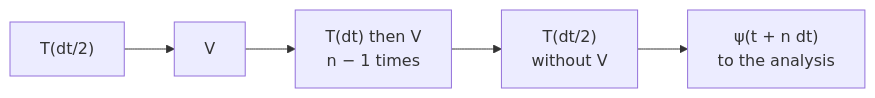
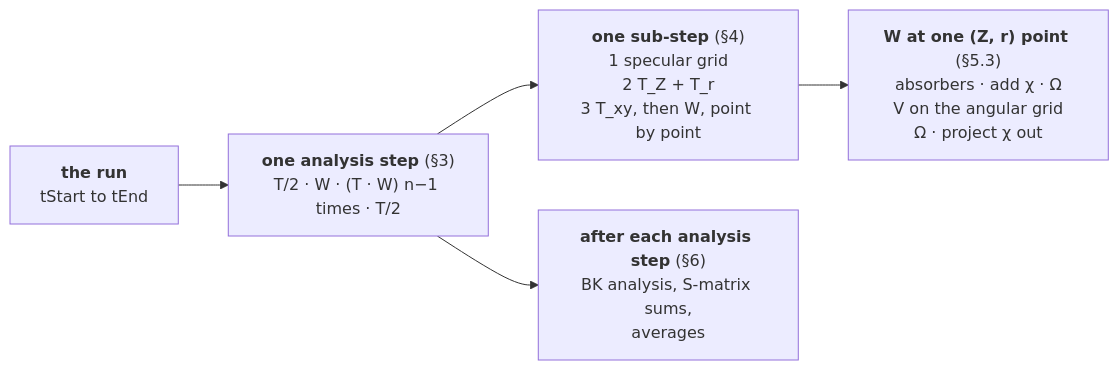
Before and after one commit to ewfsmeets/Cpp-SPO-DVR: the first of 6 diagrams in src/propagation/README.md, drawn with Mermaid. The commit also changed other lines of this file, not shown here.

````diff
--- a/src/propagation/README.md
+++ b/src/propagation/README.md
@@ -190,4 +16,7 @@
 ```mermaid
 flowchart LR
-    a["T(dt/2)"] --> b["V"] --> c["T(dt) then V<br/>n − 1 times"] --> d["T(dt/2)<br/>without V"] --> e["ψ(t + n dt)<br/>to the analysis"]
+    run["<b>the run</b><br/>tStart to tEnd"] --> astep["<b>one analysis step</b> (§3)<br/>T/2 · W · (T · W) n−1 times · T/2"]
+    astep --> sub["<b>one sub-step</b> (§4)<br/>1 specular grid<br/>2 T_Z + T_r<br/>3 T_xy, then W, point by point"]
+    sub --> wpt["<b>W at one (Z, r) point</b> (§5.3)<br/>absorbers · add χ · Ω<br/>V on the angular grid<br/>Ω · project χ out"]
+    astep --> ana["<b>after each analysis step</b> (§6)<br/>BK analysis, S-matrix sums,<br/>averages"]
 ```
````
